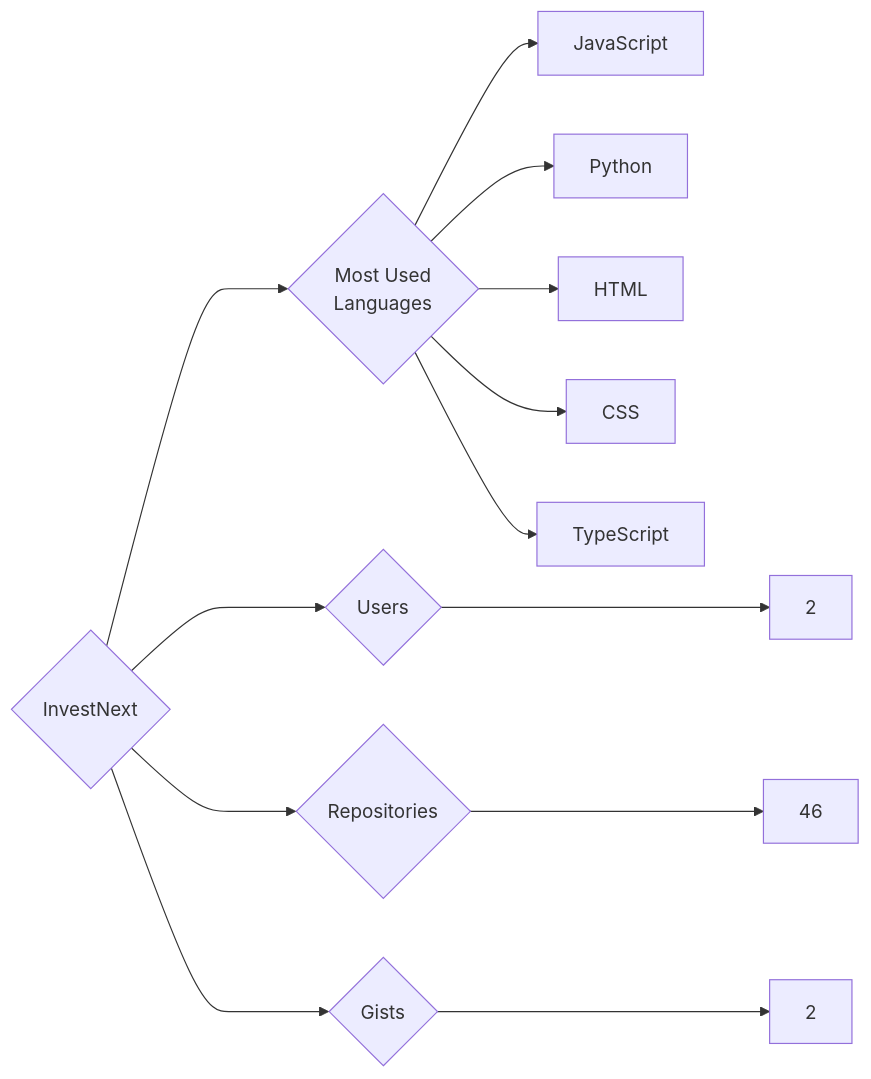
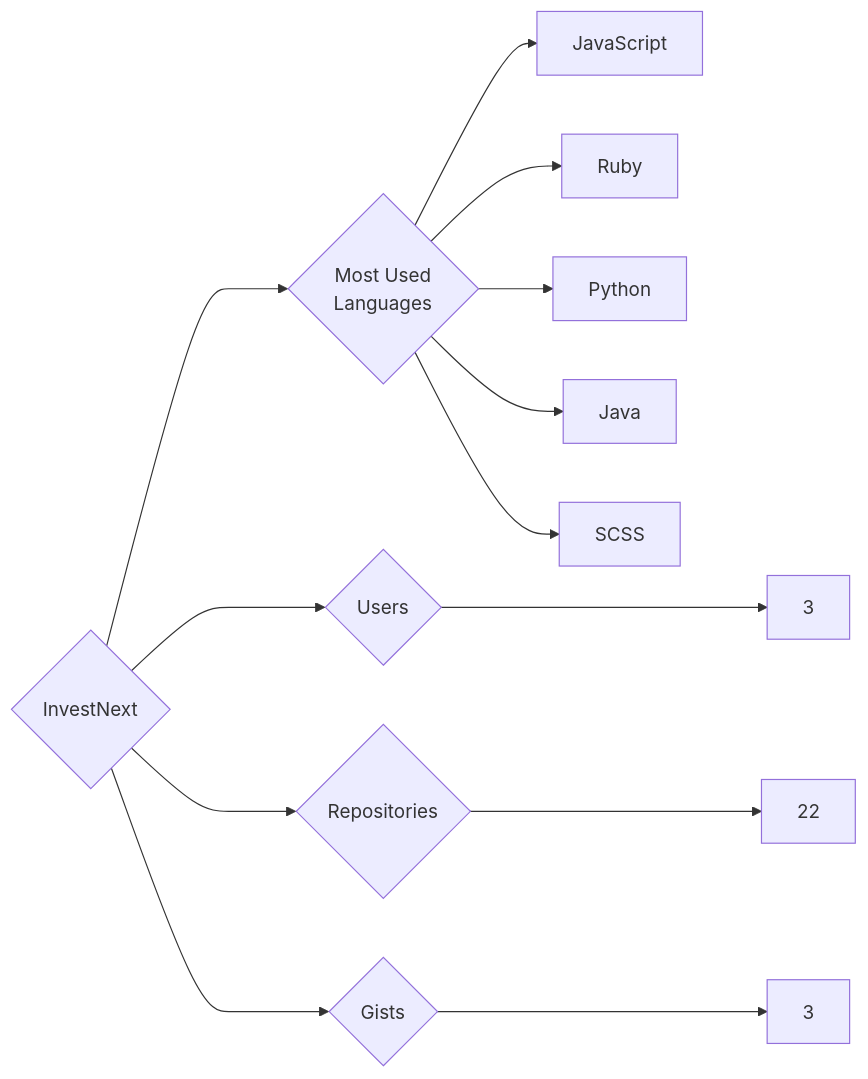
One commit to trickest/insiders changed the diagram in targets/InvestNext/README.md. Above: the diagram before and after it, drawn with Mermaid. The commit also changed 1089 other files, not shown here.

````diff
--- a/targets/InvestNext/README.md
+++ b/targets/InvestNext/README.md
@@ -3,13 +3,13 @@
 ```mermaid
 graph LR
 COMPANY_NAME{InvestNext}
-COMPANY_NAME ---> U{Users} ---> UN[2]
-COMPANY_NAME ---> R{Repositories} ---> RN[46]
-COMPANY_NAME ---> G{Gists} ---> GN[2]
+COMPANY_NAME ---> U{Users} ---> UN[3]
+COMPANY_NAME ---> R{Repositories} ---> RN[22]
+COMPANY_NAME ---> G{Gists} ---> GN[3]
 COMPANY_NAME ---> ML{Most Used<br>Languages}
 ML --> JavaScript[JavaScript]
+ML --> Ruby[Ruby]
 ML --> Python[Python]
-ML --> HTML[HTML]
-ML --> CSS[CSS]
-ML --> TypeScript[TypeScript]
+ML --> Java[Java]
+ML --> SCSS[SCSS]
 ```
````
